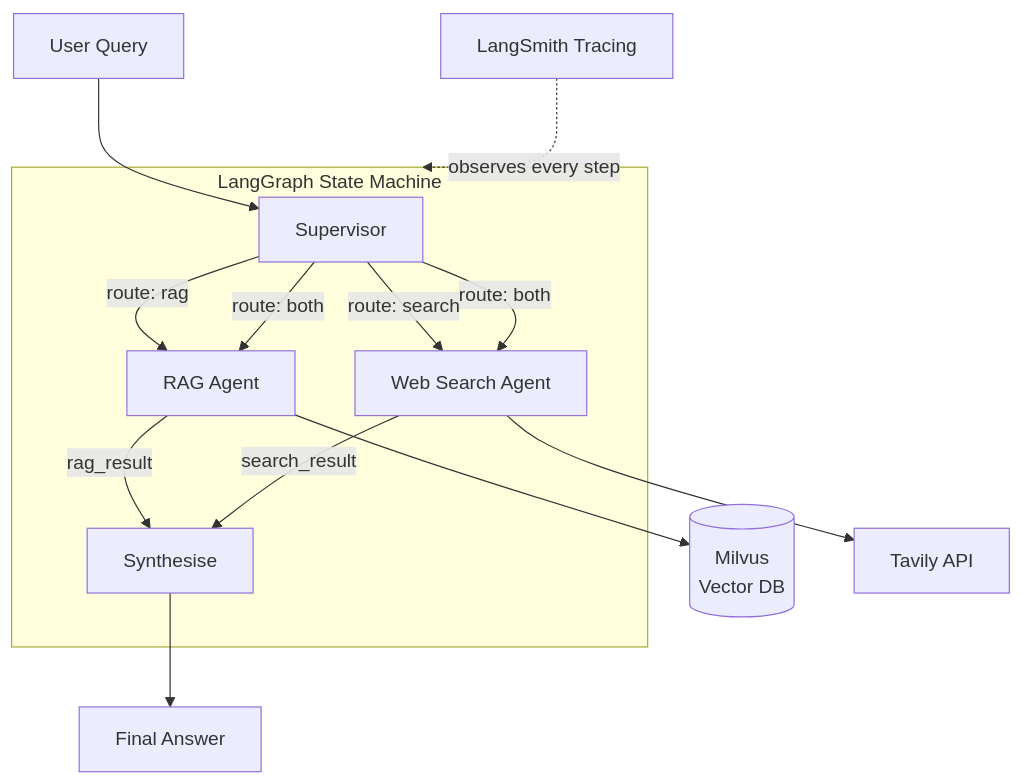
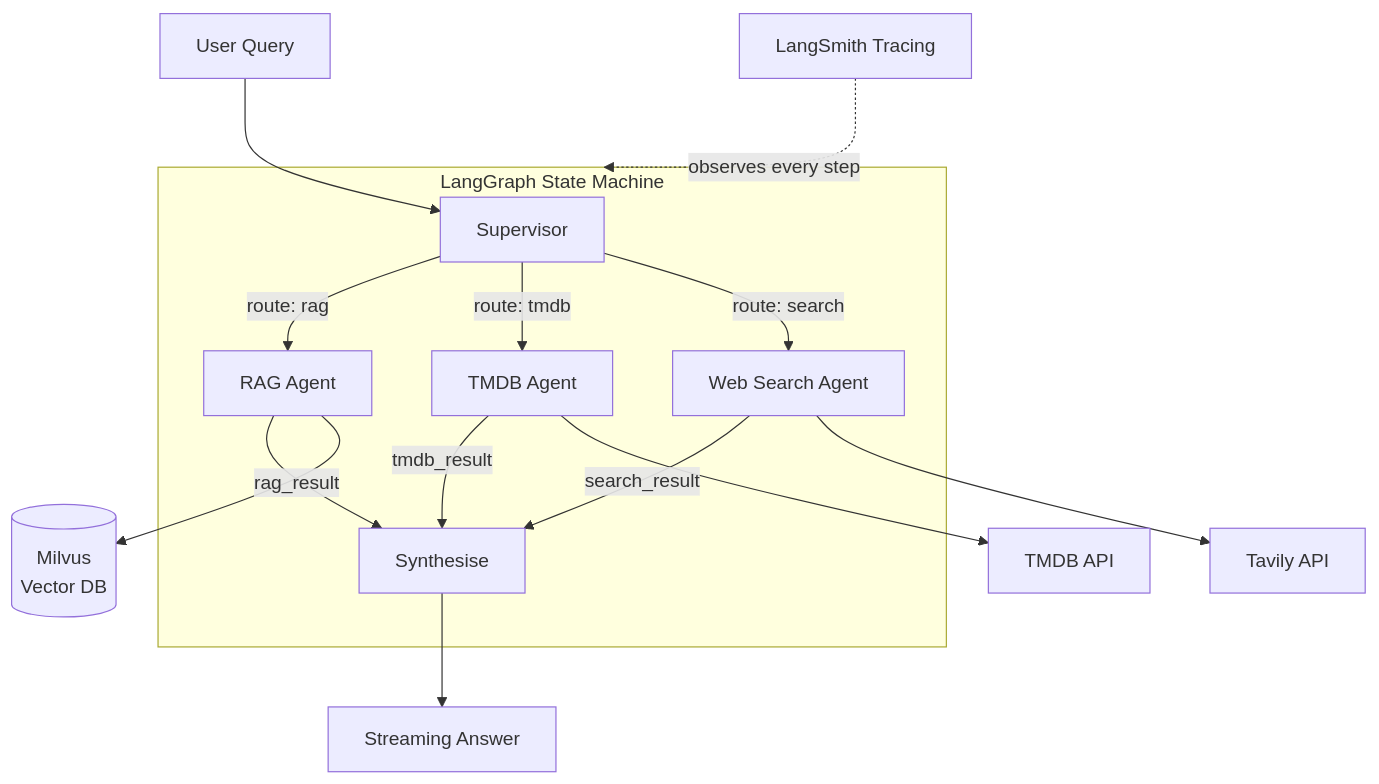
The diagram in README.md (worldwidejimmy/pipeline), drawn with Mermaid before and after one commit. The commit also changed other lines of this file, not shown here.

````diff
--- a/README.md
+++ b/README.md
@@ -19,16 +16,17 @@
 ```mermaid
 flowchart TD
     UserQuery[User Query] --> Supervisor
     subgraph langgraph [LangGraph State Machine]
         Supervisor -->|"route: rag"| RAGAgent[RAG Agent]
+        Supervisor -->|"route: tmdb"| TMDBAgent[TMDB Agent]
         Supervisor -->|"route: search"| SearchAgent[Web Search Agent]
-        Supervisor -->|"route: both"| RAGAgent
-        Supervisor -->|"route: both"| SearchAgent
         RAGAgent -->|rag_result| Synthesise[Synthesise]
+        TMDBAgent -->|tmdb_result| Synthesise
         SearchAgent -->|search_result| Synthesise
     end
     RAGAgent --> Milvus[(Milvus\nVector DB)]
+    TMDBAgent --> TMDB[TMDB API]
     SearchAgent --> WebAPI[Tavily API]
-    Synthesise --> FinalAnswer[Final Answer]
+    Synthesise --> FinalAnswer[Streaming Answer]
     LangSmith[LangSmith Tracing] -.->|observes every step| langgraph
 ```
````
